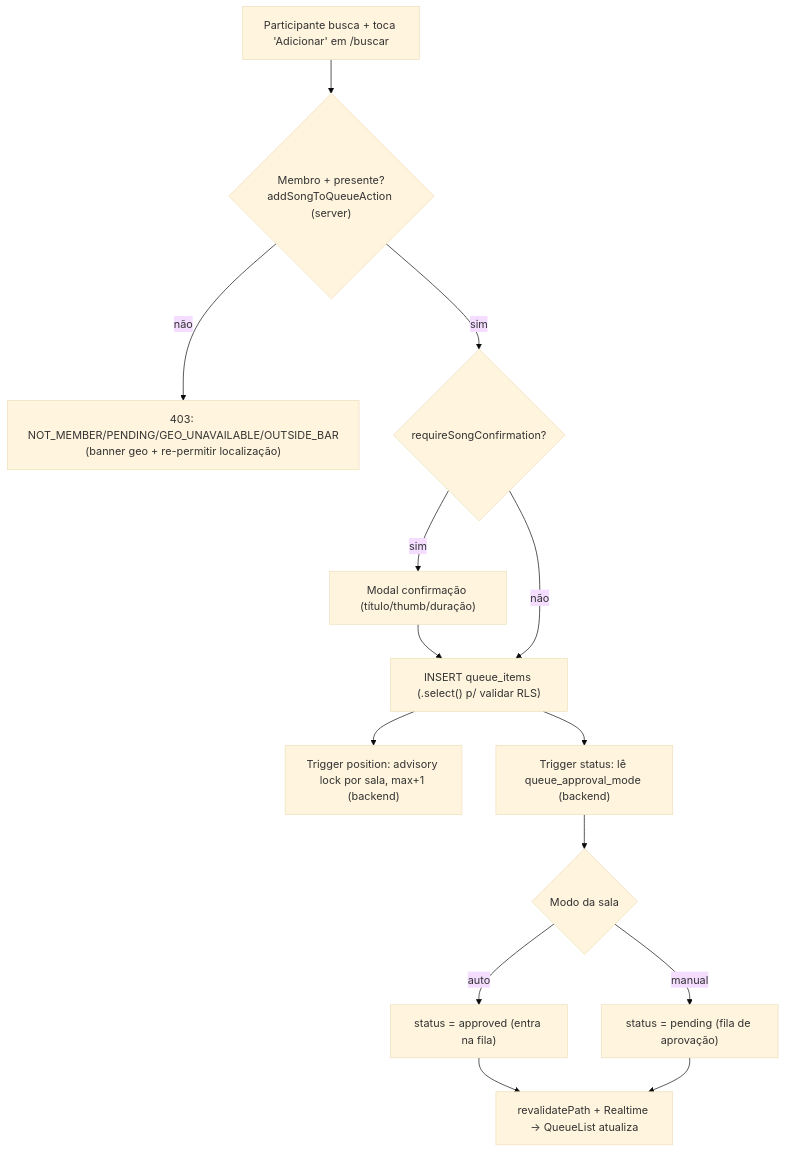
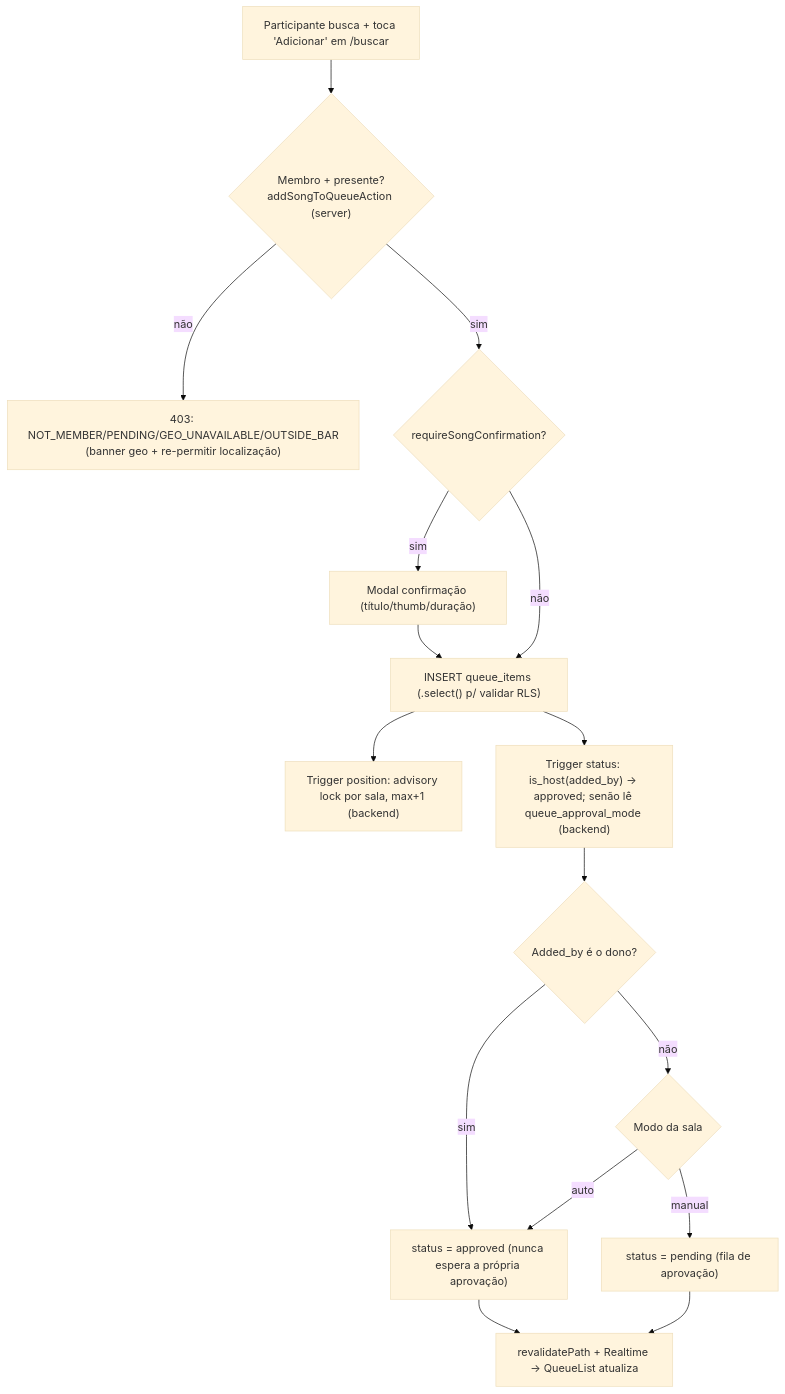
The tenth of 15 diagrams in docs/flows/fluxos-do-sistema.md (cavalcanteprofissional/karaoke-flow), drawn with Mermaid (base theme) before and after one commit. The commit also changed other lines of this file and 23 other files, not shown here.

First line of the commit message:
feat: OAuth Google/busca por-host de ponta a ponta + encerrar sala (Fase 4.5)

````diff
--- a/docs/flows/fluxos-do-sistema.md
+++ b/docs/flows/fluxos-do-sistema.md
@@ -171,16 +176,18 @@
 ```mermaid
 flowchart TD
     A["Participante busca + toca 'Adicionar' em /buscar"] --> G{"Membro + presente?<br/>addSongToQueueAction (server)"}
     G -->|não| G1["403: NOT_MEMBER/PENDING/GEO_UNAVAILABLE/OUTSIDE_BAR<br/>(banner geo + re-permitir localização)"]
     G -->|sim| B{requireSongConfirmation?}
     B -->|sim| C["Modal confirmação (título/thumb/duração)"]
     C --> D["INSERT queue_items (.select() p/ validar RLS)"]
     B -->|não| D
     D --> E["Trigger position: advisory lock por sala, max+1 (backend)"]
-    D --> F["Trigger status: lê queue_approval_mode (backend)"]
-    F --> G2{Modo da sala}
-    G2 -->|auto| H["status = approved (entra na fila)"]
-    G2 -->|manual| I["status = pending (fila de aprovação)"]
+    D --> F["Trigger status: is_host(added_by) → approved; senão lê queue_approval_mode (backend)"]
+    F --> G2{Added_by é o dono?}
+    G2 -->|sim| H["status = approved (nunca espera a própria aprovação)"]
+    G2 -->|não| G3{Modo da sala}
+    G3 -->|auto| H
+    G3 -->|manual| I["status = pending (fila de aprovação)"]
     H --> J["revalidatePath + Realtime → QueueList atualiza"]
     I --> J
 ```
````
